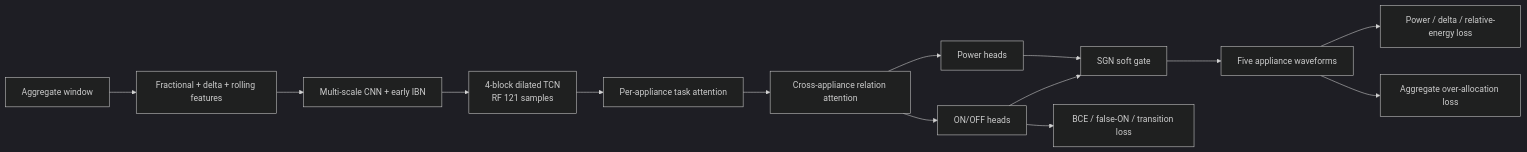
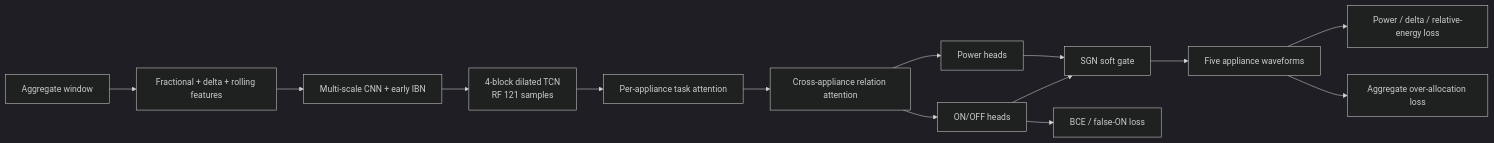
The second of 6 diagrams in multi_appliances_NILM/docs/multinilm_relational_physics.md (rtie2002/high_low_freq_NILM), drawn with Mermaid (dark theme) before and after one commit. The commit also changed other lines of this file and 4 other files, not shown here.

````diff
--- a/multi_appliances_NILM/docs/multinilm_relational_physics.md
+++ b/multi_appliances_NILM/docs/multinilm_relational_physics.md
@@ -58,16 +58,16 @@
 ```mermaid
 flowchart LR
     X[Aggregate window] --> FE[Fractional + delta + rolling features]
     FE --> IBN[Multi-scale CNN + early IBN]
     IBN --> TCN[4-block dilated TCN<br/>RF 121 samples]
     TCN --> TA[Per-appliance task attention]
     TA --> RA[Cross-appliance relation attention]
     RA --> PH[Power heads]
     RA --> SH[ON/OFF heads]
     SH --> SG[SGN soft gate]
     PH --> SG
     SG --> OUT[Five appliance waveforms]
     OUT --> L1[Power / delta / relative-energy loss]
     OUT --> L2[Aggregate over-allocation loss]
-    SH --> L3[BCE / false-ON / transition loss]
+    SH --> L3[BCE / false-ON loss]
 ```
````
